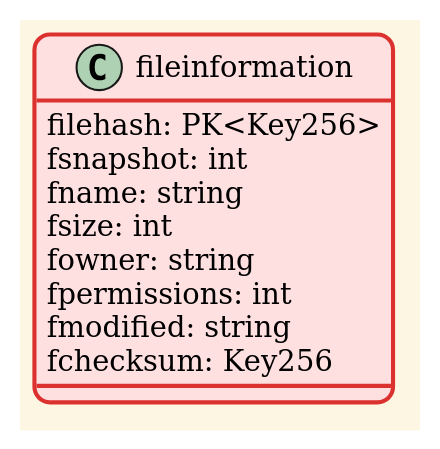
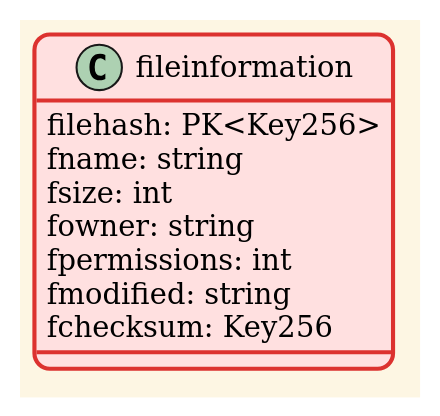
The diagram in relations.uml/filesupport.puml (eLyKseeR/modelling), drawn with PlantUML before and after one commit. The commit also changed 40 other files, not shown here.

```diff
--- a/relations.uml/filesupport.puml
+++ b/relations.uml/filesupport.puml
@@ -1,20 +1,19 @@
 @startuml file information
 
 !theme sunlust
 
 class fileinformation {
     filehash: PK<Key256>
-    fsnapshot: int
     fname: string
     fsize: int
     fowner: string
     fpermissions: int
     fmodified: string
     fchecksum: Key256
 }
 
 ' note right of RelFileinformation::filehash
 '     primary key
 ' end note
 
 @enduml
```
